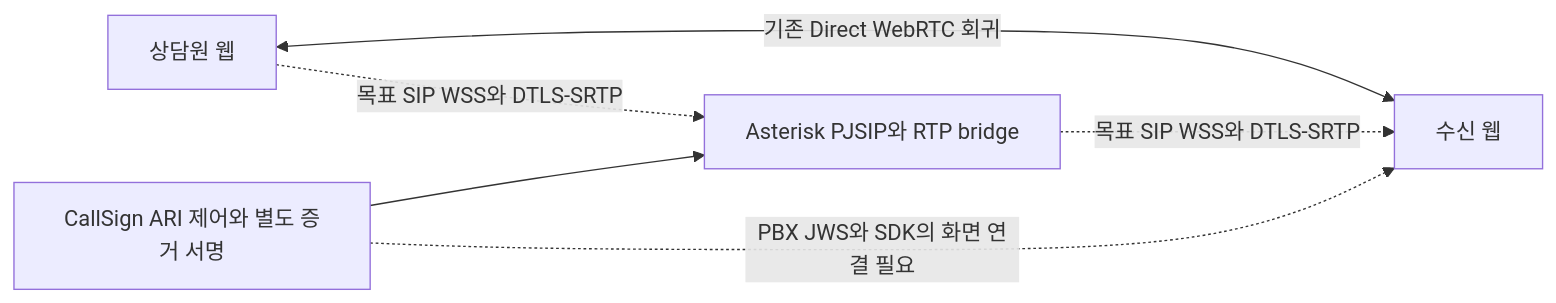
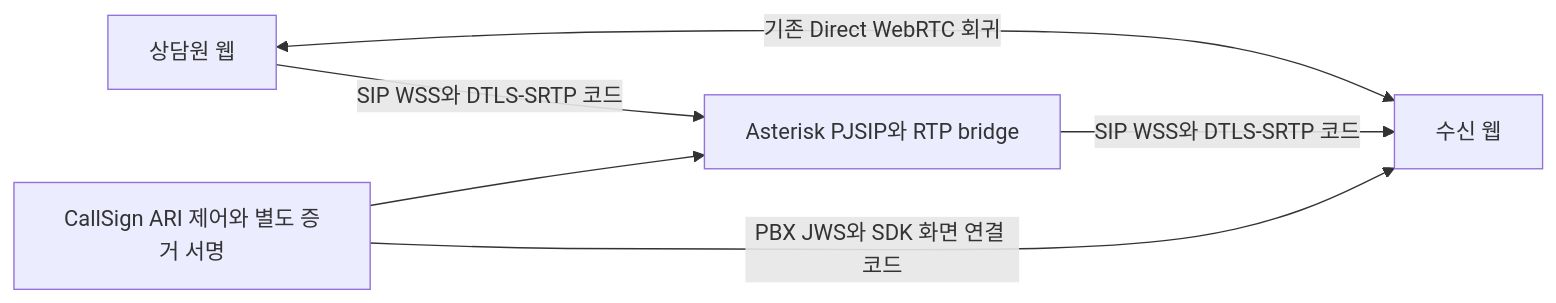
Before and after one commit to 0u-Y/CallSign: the second of 7 diagrams in docs/MASTER-DEVELOPMENT-SPEC.md, drawn with Mermaid. The commit also changed other lines of this file and 21 other files, not shown here.

````diff
--- a/docs/MASTER-DEVELOPMENT-SPEC.md
+++ b/docs/MASTER-DEVELOPMENT-SPEC.md
@@ -127,8 +127,8 @@
 ```mermaid
 flowchart LR
   AG[상담원 웹] <-->|기존 Direct WebRTC 회귀| R[수신 웹]
-  AG -. 목표 SIP WSS와 DTLS-SRTP .-> PBX[Asterisk PJSIP와 RTP bridge]
-  PBX -. 목표 SIP WSS와 DTLS-SRTP .-> R
+  AG -->|SIP WSS와 DTLS-SRTP 코드| PBX[Asterisk PJSIP와 RTP bridge]
+  PBX -->|SIP WSS와 DTLS-SRTP 코드| R
   CTRL[CallSign ARI 제어와 별도 증거 서명] --> PBX
-  CTRL -. PBX JWS와 SDK의 화면 연결 필요 .-> R
+  CTRL -->|PBX JWS와 SDK 화면 연결 코드| R
 ```
````
